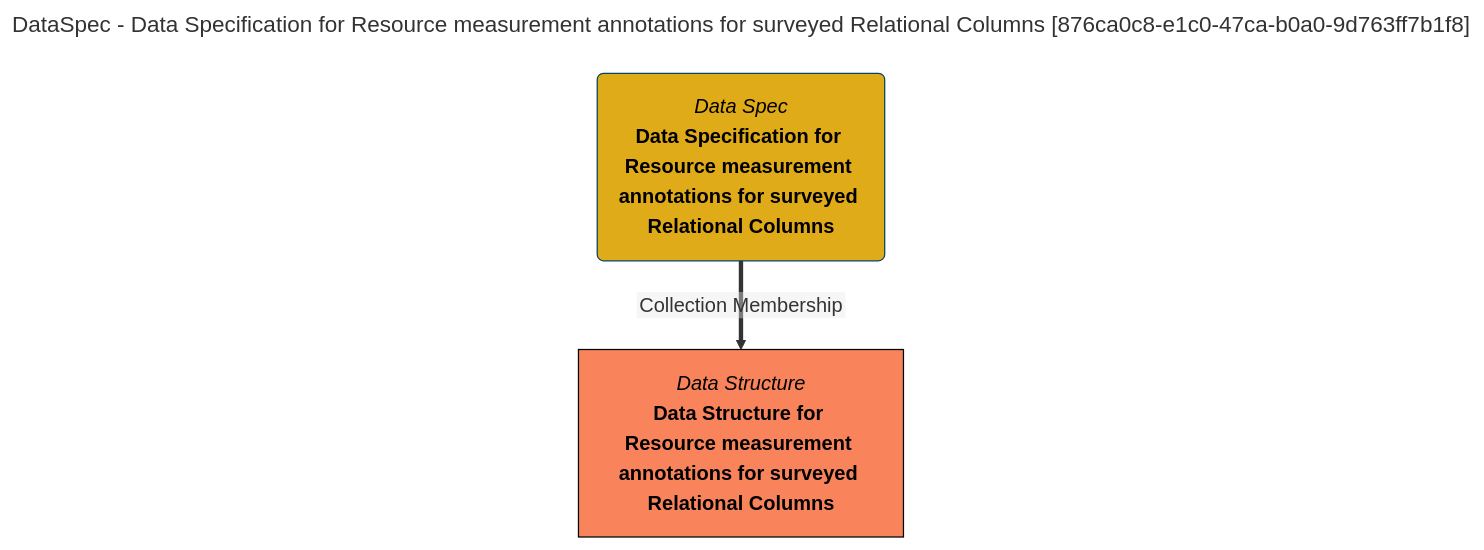
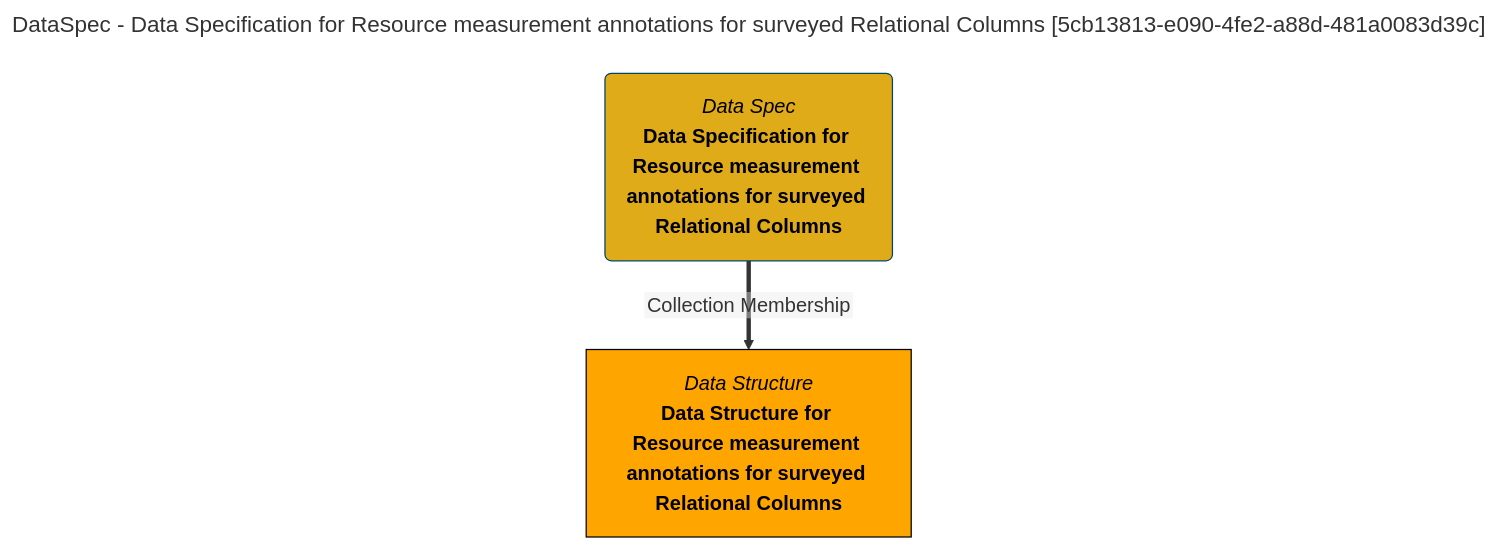
One commit to odpi/egeria-docs changed the diagram in site/snippets/collections/data-specs/data-specification-for-resource-measurement-annotations-for-surveyed-relational-columns-mermaid-graph.md. Above: the diagram before and after it, drawn with Mermaid. The commit also changed 2201 other files, not shown here.

````diff
--- a/site/snippets/collections/data-specs/data-specification-for-resource-measurement-annotations-for-surveyed-relational-columns-mermaid-graph.md
+++ b/site/snippets/collections/data-specs/data-specification-for-resource-measurement-annotations-for-surveyed-relational-columns-mermaid-graph.md
@@ -1,15 +1,15 @@
 ```mermaid
 ---
-title: DataSpec - Data Specification for Resource measurement annotations for surveyed Relational Columns [876ca0c8-e1c0-47ca-b0a0-9d763ff7b1f8]
+title: DataSpec - Data Specification for Resource measurement annotations for surveyed Relational Columns [5cb13813-e090-4fe2-a88d-481a0083d39c]
 ---
 flowchart TD
 %%{init: {"flowchart": {"htmlLabels": false}} }%%
 
 1@{ shape: rounded, label: "*Data Spec*
 **Data Specification for Resource measurement annotations for surveyed Relational Columns**"}
 2@{ shape: rect, label: "*Data Structure*
 **Data Structure for Resource measurement annotations for surveyed Relational Columns**"}
 1==>|"Collection Membership"|2
 style 1 color:#000000, fill:#e0ab18, stroke:#004563
-style 2 color:#000000, fill:#f9845b, stroke:#000000
+style 2 color:#000000, fill:#FFA500, stroke:#000000
 ```
````
